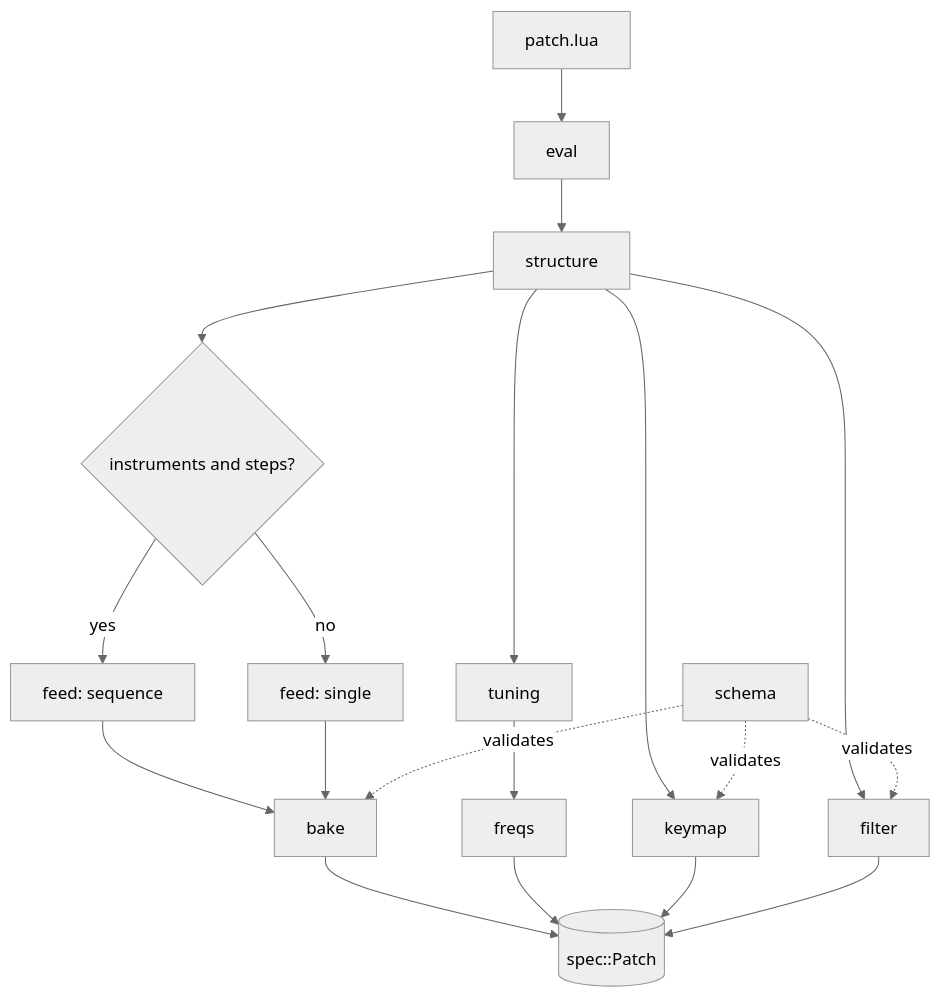
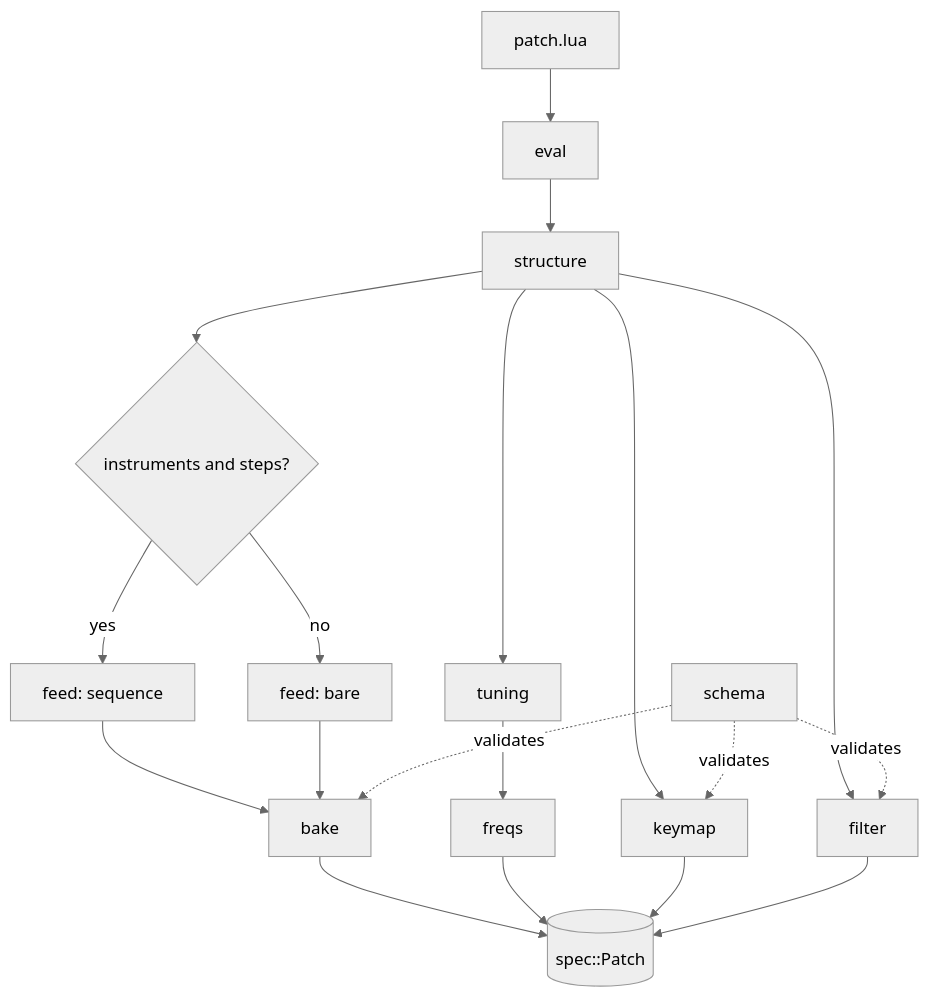
The diagram in src/script/README.md (turkosaurus/synth), drawn with Mermaid (neutral theme) before and after one commit. The commit also changed other lines of this file and 6 other files, not shown here.

````diff
--- a/src/script/README.md
+++ b/src/script/README.md
@@ -19,14 +19,14 @@
 ```mermaid
 flowchart TD
     source[patch.lua] --> eval
     eval --> structure
     structure --> tuning --> freqs
     structure --> keymap
     structure --> filter
     structure --> shape{instruments and steps?}
     shape -- yes --> sequence[feed: sequence]
-    shape -- no --> single[feed: single]
-    sequence & single --> bake
+    shape -- no --> bare[feed: bare]
+    sequence & bare --> bake
     bake & freqs & keymap & filter --> Patch[("spec::Patch")]
     schema -. validates .-> bake & filter & keymap
 ```
````
